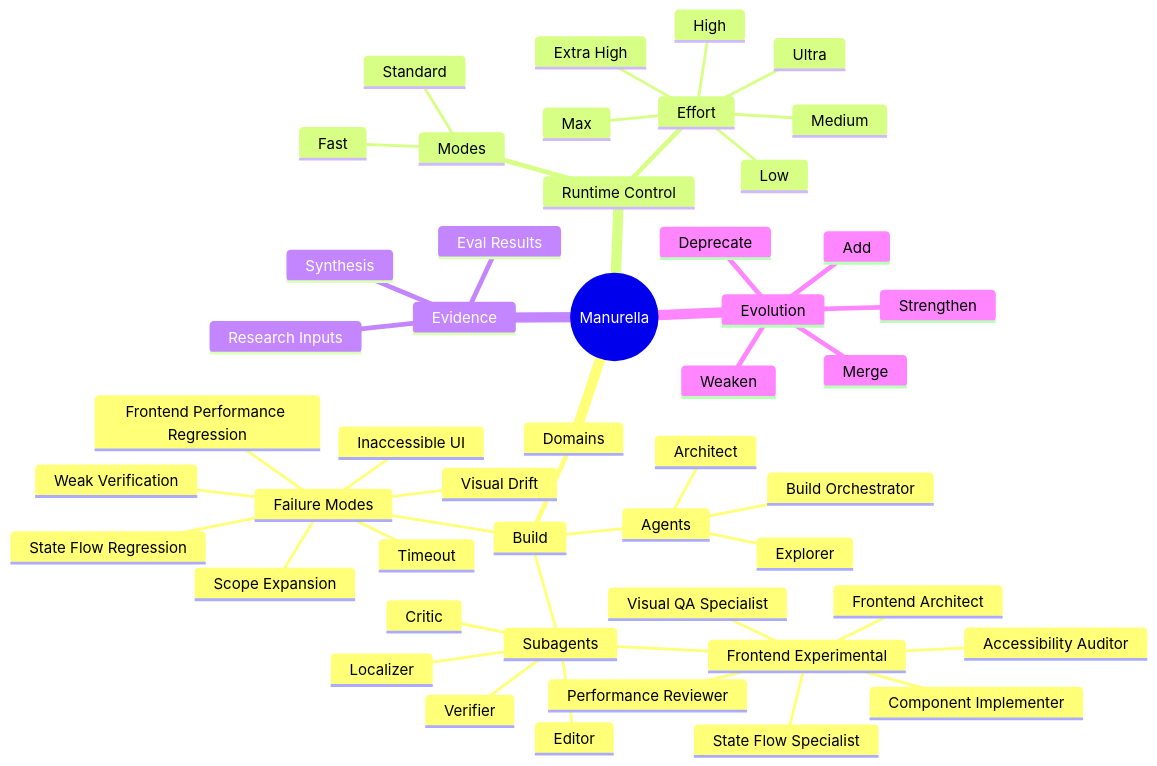
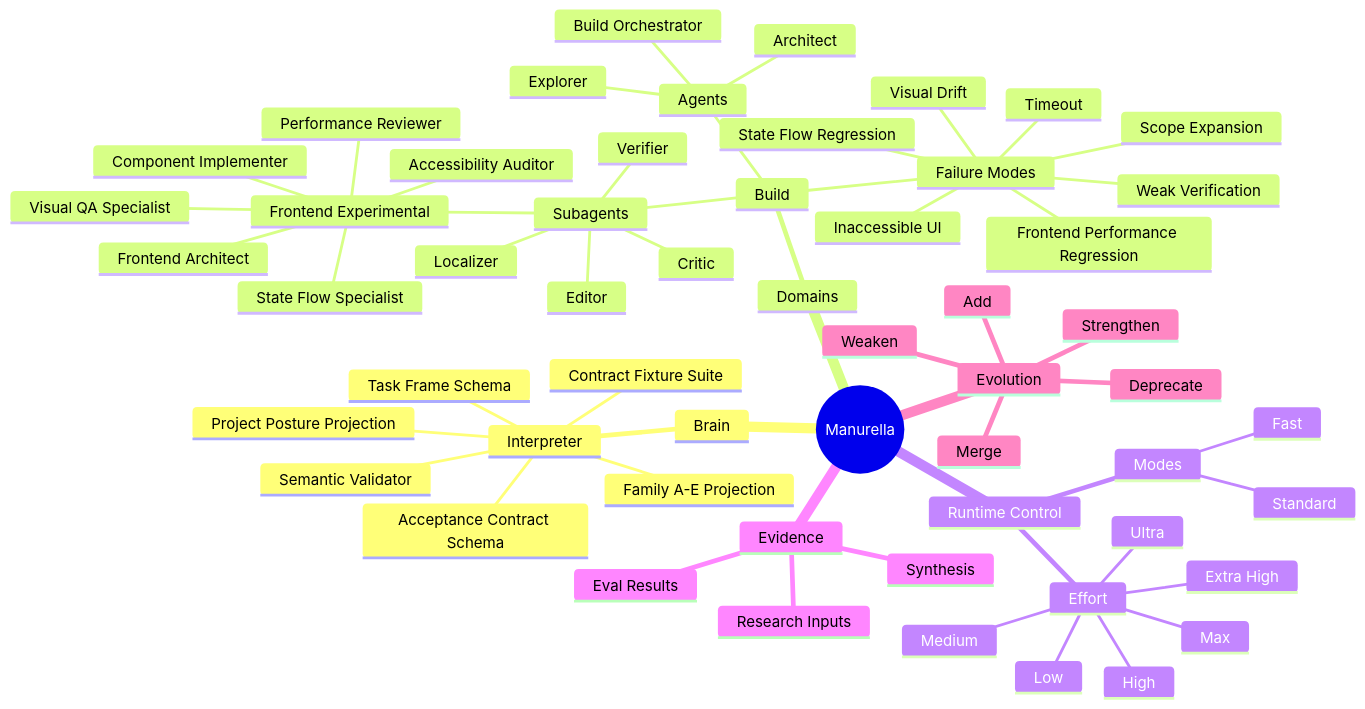
The diagram in cognition/mindmap.md (manurella/Manurella-Agentic-Framework), drawn with Mermaid before and after one commit. The commit also changed other lines of this file and 19 other files, not shown here.

````diff
--- a/cognition/mindmap.md
+++ b/cognition/mindmap.md
@@ -3,51 +3,59 @@
 ```mermaid
 mindmap
   root((Manurella))
+    Brain
+      Interpreter
+        Task Frame Schema
+        Acceptance Contract Schema
+        Semantic Validator
+        Family A-E Projection
+        Project Posture Projection
+        Contract Fixture Suite
     Domains
       Build
         Agents
           Build Orchestrator
           Architect
           Explorer
         Subagents
           Localizer
           Editor
           Verifier
           Critic
           Frontend Experimental
             Frontend Architect
             Component Implementer
             State Flow Specialist
             Accessibility Auditor
             Visual QA Specialist
             Performance Reviewer
         Failure Modes
           Scope Expansion
           Timeout
           Weak Verification
           Inaccessible UI
           Visual Drift
           State Flow Regression
           Frontend Performance Regression
     Runtime Control
       Modes
         Fast
         Standard
       Effort
         Low
         Medium
         High
         Extra High
         Max
         Ultra
     Evidence
       Research Inputs
       Synthesis
       Eval Results
     Evolution
       Add
       Strengthen
       Weaken
       Deprecate
       Merge
 ```
````
